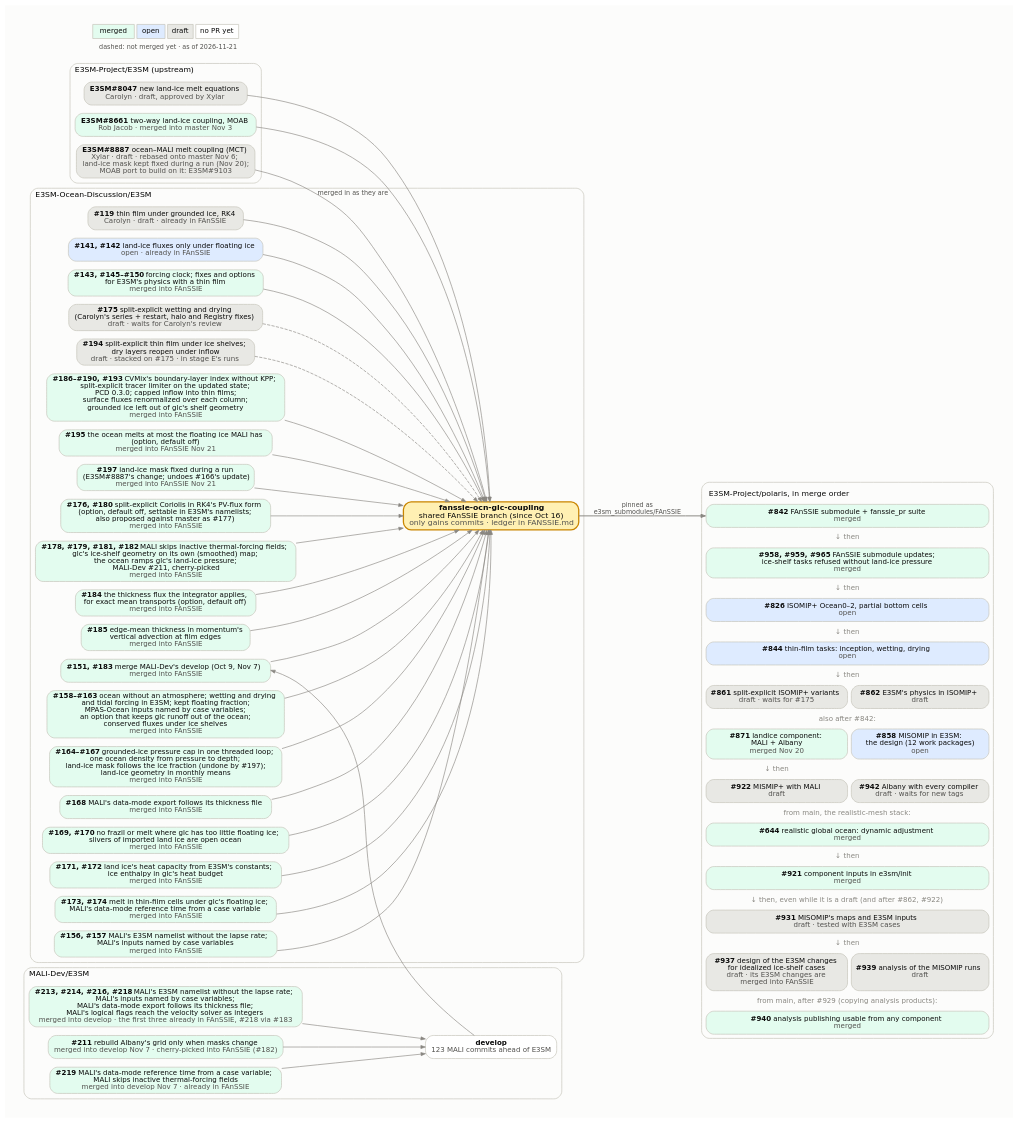
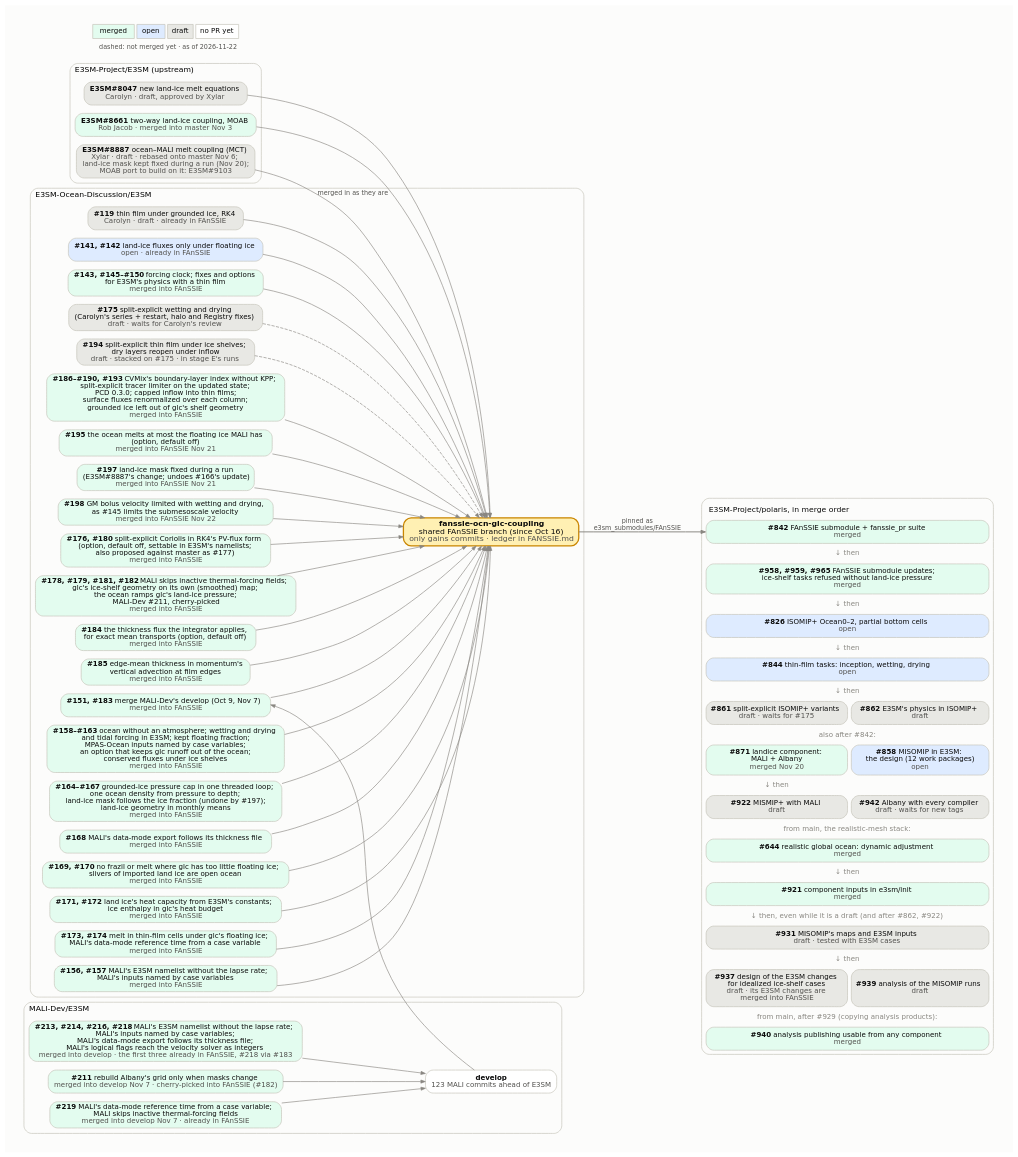
One commit to E3SM-Project/polaris changed the diagram in docs/design_docs/misomip/code_flow.dot. Above: the diagram before and after it, drawn with Graphviz. The commit also changed 3 other files, not shown here.

Commit message:
Show the GM limit for wetting and drying in the MISOMIP figures

```diff
--- a/docs/design_docs/misomip/code_flow.dot
+++ b/docs/design_docs/misomip/code_flow.dot
@@ -1,135 +1,137 @@
 // How the upstream E3SM PRs, the E3SM-Ocean-Discussion PRs, the
 // fanssie-ocn-glc-coupling branch and the Polaris PRs fit together.
 //
 // Regenerate with Graphviz 14 (Chrysalis's /usr/bin/dot 2.40 lays it out
 // wider), with the text drawn as paths so it looks the same everywhere:
 //
 //     pixi exec -s graphviz dot -Tsvg:cairo code_flow.dot -o code_flow.svg
 //
 // Fill by state: merged #e3fcef, open #deebff, draft #e8e8e4, no PR yet
 // #ffffff. Dashed edges into the FAnSSIE branch mark PRs not merged into it
 // yet. The Polaris side is one HTML-table node, in merge order, because
 // Graphviz would not keep separate boxes in that order. Update the date in
 // the legend.
 digraph fanssie {
   rankdir=LR;
   bgcolor="#fcfcfb";
   pad=0.3;
   nodesep=0.18;
   ranksep=0.7;
   fontname="DejaVu Sans";
   node [shape=box, style="rounded,filled", fontname="DejaVu Sans",
         fontsize=11, color="#c3c2b7", fontcolor="#0b0b0b", penwidth=1,
         margin="0.12,0.06"];
   edge [color="#898781", arrowsize=0.7, fontname="DejaVu Sans",
         fontsize=10, fontcolor="#52514e"];
 
   subgraph cluster_upstream {
     label="E3SM-Project/E3SM (upstream)";
     labeljust=l; fontsize=12; color="#c3c2b7"; style="rounded";
     e8047 [label=<<b>E3SM#8047</b>  new land-ice melt equations<br/><font color="#52514e">Carolyn · draft, approved by Xylar</font>>, fillcolor="#e8e8e4"];
     e8661 [label=<<b>E3SM#8661</b>  two-way land-ice coupling, MOAB<br/><font color="#52514e">Rob Jacob · merged into master Nov 3</font>>, fillcolor="#e3fcef"];
     e8887 [label=<<b>E3SM#8887</b>  ocean–MALI melt coupling (MCT)<br/><font color="#52514e">Xylar · draft · rebased onto master Nov 6;<br/>land-ice mask kept fixed during a run (Nov 20);<br/>MOAB port to build on it: E3SM#9103</font>>, fillcolor="#e8e8e4"];
   }
 
   subgraph cluster_malidev {
     label="MALI-Dev/E3SM";
     labeljust=l; fontsize=12; color="#c3c2b7"; style="rounded";
     malidev [label=<<b>develop</b><br/><font color="#52514e">123 MALI commits ahead of E3SM</font>>, fillcolor="#ffffff"];
     m213 [label=<<b>#213, #214, #216, #218</b>  MALI's E3SM namelist without the lapse rate;<br/>MALI's inputs named by case variables;<br/>MALI's data-mode export follows its thickness file;<br/>MALI's logical flags reach the velocity solver as integers<br/><font color="#52514e">merged into develop · the first three already in FAnSSIE, #218 via #183</font>>, fillcolor="#e3fcef"];
     m211 [label=<<b>#211</b>  rebuild Albany's grid only when masks change<br/><font color="#52514e">merged into develop Nov 7 · cherry-picked into FAnSSIE (#182)</font>>, fillcolor="#e3fcef"];
     m219 [label=<<b>#219</b>  MALI's data-mode reference time from a case variable;<br/>MALI skips inactive thermal-forcing fields<br/><font color="#52514e">merged into develop Nov 7 · already in FAnSSIE</font>>, fillcolor="#e3fcef"];
   }
 
   subgraph cluster_eod {
     label="E3SM-Ocean-Discussion/E3SM";
     labeljust=l; fontsize=12; color="#c3c2b7"; style="rounded";
     d119 [label=<<b>#119</b>  thin film under grounded ice, RK4<br/><font color="#52514e">Carolyn · draft · already in FAnSSIE</font>>, fillcolor="#e8e8e4"];
     d141 [label=<<b>#141, #142</b>  land-ice fluxes only under floating ice<br/><font color="#52514e">open · already in FAnSSIE</font>>, fillcolor="#deebff"];
     d143 [label=<<b>#143, #145–#150</b>  forcing clock; fixes and options<br/>for E3SM's physics with a thin film<br/><font color="#52514e">merged into FAnSSIE</font>>, fillcolor="#e3fcef"];
     d175 [label=<<b>#175</b>  split-explicit wetting and drying<br/>(Carolyn's series + restart, halo and Registry fixes)<br/><font color="#52514e">draft · waits for Carolyn's review</font>>, fillcolor="#e8e8e4"];
     d194 [label=<<b>#194</b>  split-explicit thin film under ice shelves;<br/>dry layers reopen under inflow<br/><font color="#52514e">draft · stacked on #175 · in stage E's runs</font>>, fillcolor="#e8e8e4"];
     d186 [label=<<b>#186–#190, #193</b>  CVMix's boundary-layer index without KPP;<br/>split-explicit tracer limiter on the updated state;<br/>PCD 0.3.0; capped inflow into thin films;<br/>surface fluxes renormalized over each column;<br/>grounded ice left out of glc's shelf geometry<br/><font color="#52514e">merged into FAnSSIE</font>>, fillcolor="#e3fcef"];
     d195 [label=<<b>#195</b>  the ocean melts at most the floating ice MALI has<br/>(option, default off)<br/><font color="#52514e">merged into FAnSSIE Nov 21</font>>, fillcolor="#e3fcef"];
     dmask [label=<<b>#197</b>  land-ice mask fixed during a run<br/>(E3SM#8887's change; undoes #166's update)<br/><font color="#52514e">merged into FAnSSIE Nov 21</font>>, fillcolor="#e3fcef"];
+    d198 [label=<<b>#198</b>  GM bolus velocity limited with wetting and drying,<br/>as #145 limits the submesoscale velocity<br/><font color="#52514e">merged into FAnSSIE Nov 22</font>>, fillcolor="#e3fcef"];
     d176 [label=<<b>#176, #180</b>  split-explicit Coriolis in RK4's PV-flux form<br/>(option, default off, settable in E3SM's namelists;<br/>also proposed against master as #177)<br/><font color="#52514e">merged into FAnSSIE</font>>, fillcolor="#e3fcef"];
     d178 [label=<<b>#178, #179, #181, #182</b>  MALI skips inactive thermal-forcing fields;<br/>glc's ice-shelf geometry on its own (smoothed) map;<br/>the ocean ramps glc's land-ice pressure;<br/>MALI-Dev #211, cherry-picked<br/><font color="#52514e">merged into FAnSSIE</font>>, fillcolor="#e3fcef"];
     d184 [label=<<b>#184</b>  the thickness flux the integrator applies,<br/>for exact mean transports (option, default off)<br/><font color="#52514e">merged into FAnSSIE</font>>, fillcolor="#e3fcef"];
     dvadv [label=<<b>#185</b>  edge-mean thickness in momentum's<br/>vertical advection at film edges<br/><font color="#52514e">merged into FAnSSIE</font>>, fillcolor="#e3fcef"];
     d151 [label=<<b>#151, #183</b>  merge MALI-Dev's develop (Oct 9, Nov 7)<br/><font color="#52514e">merged into FAnSSIE</font>>, fillcolor="#e3fcef"];
     d158 [label=<<b>#158–#163</b>  ocean without an atmosphere; wetting and drying<br/>and tidal forcing in E3SM; kept floating fraction;<br/>MPAS-Ocean inputs named by case variables;<br/>an option that keeps glc runoff out of the ocean;<br/>conserved fluxes under ice shelves<br/><font color="#52514e">merged into FAnSSIE</font>>, fillcolor="#e3fcef"];
     d164 [label=<<b>#164–#167</b>  grounded-ice pressure cap in one threaded loop;<br/>one ocean density from pressure to depth;<br/>land-ice mask follows the ice fraction (undone by #197);<br/>land-ice geometry in monthly means<br/><font color="#52514e">merged into FAnSSIE</font>>, fillcolor="#e3fcef"];
     d168 [label=<<b>#168</b>  MALI's data-mode export follows its thickness file<br/><font color="#52514e">merged into FAnSSIE</font>>, fillcolor="#e3fcef"];
     d169 [label=<<b>#169, #170</b>  no frazil or melt where glc has too little floating ice;<br/>slivers of imported land ice are open ocean<br/><font color="#52514e">merged into FAnSSIE</font>>, fillcolor="#e3fcef"];
     d171 [label=<<b>#171, #172</b>  land ice's heat capacity from E3SM's constants;<br/>ice enthalpy in glc's heat budget<br/><font color="#52514e">merged into FAnSSIE</font>>, fillcolor="#e3fcef"];
     d173 [label=<<b>#173, #174</b>  melt in thin-film cells under glc's floating ice;<br/>MALI's data-mode reference time from a case variable<br/><font color="#52514e">merged into FAnSSIE</font>>, fillcolor="#e3fcef"];
     d156 [label=<<b>#156, #157</b>  MALI's E3SM namelist without the lapse rate;<br/>MALI's inputs named by case variables<br/><font color="#52514e">merged into FAnSSIE</font>>, fillcolor="#e3fcef"];
     fanssie [label=<<b>fanssie-ocn-glc-coupling</b><br/>shared FAnSSIE branch (since Oct 16)<br/><font color="#52514e">only gains commits · ledger in FANSSIE.md</font>>,
              fillcolor="#fff0b3", penwidth=2, color="#c98500", fontsize=12];
   }
 
   polaris [shape=plaintext, style="", label=<
     <table border="1" color="#c3c2b7" style="rounded" cellborder="1" cellspacing="6" cellpadding="4" bgcolor="#fcfcfb">
       <tr><td border="0" colspan="2" align="left"><font point-size="12">E3SM-Project/polaris, in merge order</font></td></tr>
       <tr><td port="p842" bgcolor="#e3fcef" colspan="2" style="rounded" cellpadding="6"><b>#842</b>  FAnSSIE submodule + fanssie_pr suite<br/><font color="#52514e">merged</font></td></tr>
       <tr><td border="0" colspan="2"><font color="#898781">↓ then</font></td></tr>
       <tr><td port="p958" bgcolor="#e3fcef" colspan="2" style="rounded" cellpadding="6"><b>#958, #959, #965</b>  FAnSSIE submodule updates;<br/>ice-shelf tasks refused without land-ice pressure<br/><font color="#52514e">merged</font></td></tr>
       <tr><td border="0" colspan="2"><font color="#898781">↓ then</font></td></tr>
       <tr><td port="p826" bgcolor="#deebff" colspan="2" style="rounded" cellpadding="6"><b>#826</b>  ISOMIP+ Ocean0–2, partial bottom cells<br/><font color="#52514e">open</font></td></tr>
       <tr><td border="0" colspan="2"><font color="#898781">↓ then</font></td></tr>
       <tr><td port="p844" bgcolor="#deebff" colspan="2" style="rounded" cellpadding="6"><b>#844</b>  thin-film tasks: inception, wetting, drying<br/><font color="#52514e">open</font></td></tr>
       <tr><td border="0" colspan="2"><font color="#898781">↓ then</font></td></tr>
       <tr><td port="p861" bgcolor="#e8e8e4" colspan="1" style="rounded" cellpadding="6"><b>#861</b>  split-explicit ISOMIP+ variants<br/><font color="#52514e">draft · waits for #175</font></td><td port="p862" bgcolor="#e8e8e4" colspan="1" style="rounded" cellpadding="6"><b>#862</b>  E3SM's physics in ISOMIP+<br/><font color="#52514e">draft</font></td></tr>
       <tr><td border="0" colspan="2"><font color="#898781">also after #842:</font></td></tr>
       <tr><td port="p871" bgcolor="#e3fcef" colspan="1" style="rounded" cellpadding="6"><b>#871</b>  landice component:<br/>MALI + Albany<br/><font color="#52514e">merged Nov 20</font></td><td port="p858" bgcolor="#deebff" colspan="1" style="rounded" cellpadding="6"><b>#858</b>  MISOMIP in E3SM:<br/>the design (12 work packages)<br/><font color="#52514e">open</font></td></tr>
       <tr><td border="0" colspan="1"><font color="#898781">↓ then</font></td><td border="0" colspan="1"></td></tr>
       <tr><td port="p922" bgcolor="#e8e8e4" colspan="1" style="rounded" cellpadding="6"><b>#922</b>  MISMIP+ with MALI<br/><font color="#52514e">draft</font></td><td port="p942" bgcolor="#e8e8e4" colspan="1" style="rounded" cellpadding="6"><b>#942</b>  Albany with every compiler<br/><font color="#52514e">draft · waits for new tags</font></td></tr>
       <tr><td border="0" colspan="2"><font color="#898781">from main, the realistic-mesh stack:</font></td></tr>
       <tr><td port="p644" bgcolor="#e3fcef" colspan="2" style="rounded" cellpadding="6"><b>#644</b>  realistic global ocean: dynamic adjustment<br/><font color="#52514e">merged</font></td></tr>
       <tr><td border="0" colspan="2"><font color="#898781">↓ then</font></td></tr>
       <tr><td port="p921" bgcolor="#e3fcef" colspan="2" style="rounded" cellpadding="6"><b>#921</b>  component inputs in e3sm/init<br/><font color="#52514e">merged</font></td></tr>
       <tr><td border="0" colspan="2"><font color="#898781">↓ then, even while it is a draft (and after #862, #922)</font></td></tr>
       <tr><td port="pwp56" bgcolor="#e8e8e4" colspan="2" style="rounded" cellpadding="6"><b>#931</b>  MISOMIP's maps and E3SM inputs<br/><font color="#52514e">draft · tested with E3SM cases</font></td></tr>
       <tr><td border="0" colspan="2"><font color="#898781">↓ then</font></td></tr>
       <tr><td port="pwp7" bgcolor="#e8e8e4" colspan="1" style="rounded" cellpadding="6"><b>#937</b>  design of the E3SM changes<br/>for idealized ice-shelf cases<br/><font color="#52514e">draft · its E3SM changes are<br/>merged into FAnSSIE</font></td><td port="pwp9" bgcolor="#e8e8e4" colspan="1" style="rounded" cellpadding="6"><b>#939</b>  analysis of the MISOMIP runs<br/><font color="#52514e">draft</font></td></tr>
       <tr><td border="0" colspan="2"><font color="#898781">from main, after #929 (copying analysis products):</font></td></tr>
       <tr><td port="p940" bgcolor="#e3fcef" colspan="2" style="rounded" cellpadding="6"><b>#940</b>  analysis publishing usable from any component<br/><font color="#52514e">merged</font></td></tr>
     </table>>];
 
   e8047 -> fanssie;
   e8661 -> fanssie;
   e8887 -> fanssie [label="merged in as they are"];
   d119 -> fanssie;
   d141 -> fanssie;
   d143 -> fanssie;
   d175 -> fanssie [style=dashed];
   d194 -> fanssie [style=dashed];
   d186 -> fanssie;
   d195 -> fanssie;
   dmask -> fanssie;
+  d198 -> fanssie;
   m211 -> malidev;
   m213 -> malidev;
   m219 -> malidev;
   d156 -> fanssie;
   d158 -> fanssie;
   d164 -> fanssie;
   d168 -> fanssie;
   d169 -> fanssie;
   d171 -> fanssie;
   d173 -> fanssie;
   d176 -> fanssie;
   d178 -> fanssie;
   d184 -> fanssie;
   dvadv -> fanssie;
   malidev -> d151 [constraint=false];
   d151 -> fanssie;
 
   fanssie -> polaris:p842 [label="pinned as
 e3sm_submodules/FAnSSIE", penwidth=1.5];
 
   legend [shape=plaintext, style="", label=<
     <table border="0" cellborder="1" cellspacing="4" cellpadding="4" color="#c3c2b7">
       <tr><td bgcolor="#e3fcef">merged</td><td bgcolor="#deebff">open</td><td bgcolor="#e8e8e4">draft</td><td bgcolor="#ffffff">no PR yet</td></tr>
-      <tr><td colspan="4" border="0"><font point-size="10" color="#52514e">dashed: not merged yet · as of 2026-11-21</font></td></tr>
+      <tr><td colspan="4" border="0"><font point-size="10" color="#52514e">dashed: not merged yet · as of 2026-11-22</font></td></tr>
     </table>>];
 }
```
